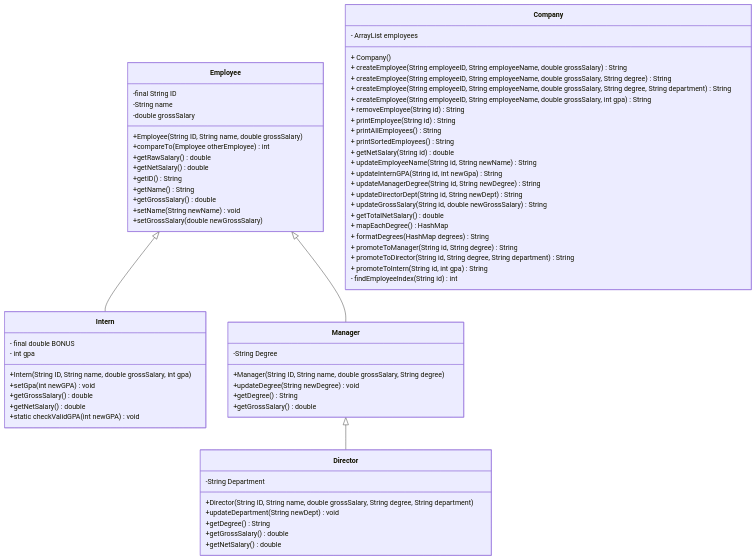
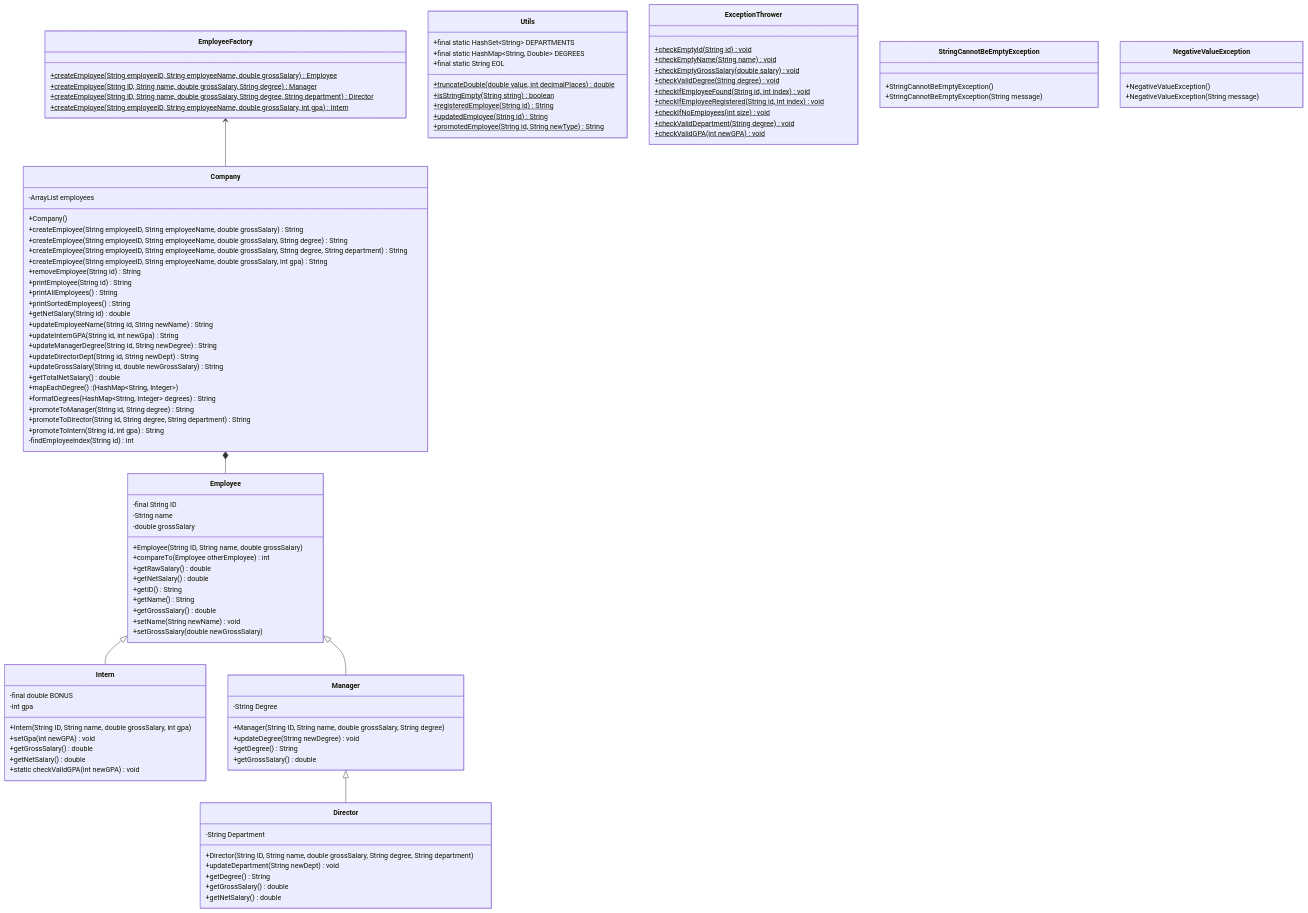
One commit to michalspano/employee-system changed the diagram in docs/ionel_class_diagrams.md. Above: the diagram before and after it, drawn with Mermaid.

Commit message:
Update `graph`

````diff
--- a/docs/ionel_class_diagrams.md
+++ b/docs/ionel_class_diagrams.md
@@ -3,6 +3,9 @@
     Employee <|-- Intern
     Employee <|-- Manager
     Manager <|-- Director
+
+    Company *-- Employee
+    EmployeeFactory <-- Company
 
     class Employee {
         -final String ID
@@ -20,8 +23,8 @@
     }
     
     class Intern {
-        - final double BONUS
-        - int gpa
+        -final double BONUS
+        -int gpa
         +Intern(String ID, String name, double grossSalary, int gpa)
         +setGpa(int newGPA) void
         +getGrossSalary() double
@@ -47,28 +50,68 @@
     }
 
     class Company {
-        - ArrayList<Employee> employees
-        + Company()
-        + createEmployee(String employeeID, String employeeName, double grossSalary) String
-        + createEmployee(String employeeID, String employeeName, double grossSalary, String degree) String
-        + createEmployee(String employeeID, String employeeName, double grossSalary, String degree, String department) String
-        + createEmployee(String employeeID, String employeeName, double grossSalary, int gpa) String
-        + removeEmployee(String id) String
-        + printEmployee(String id) String
-        + printAllEmployees() String
-        + printSortedEmployees() String
-        + getNetSalary(String id) double
-        + updateEmployeeName(String id, String newName) String
-        + updateInternGPA(String id, int newGpa) String
-        + updateManagerDegree(String id, String newDegree) String
-        + updateDirectorDept(String id, String newDept) String
-        + updateGrossSalary(String id, double newGrossSalary) String
-        + getTotalNetSalary() double
-        + mapEachDegree() HashMap<String, Integer>
-        + formatDegrees(HashMap<String, Integer> degrees) String
-        + promoteToManager(String id, String degree) String
-        + promoteToDirector(String id, String degree, String department) String
-        + promoteToIntern(String id, int gpa) String
-        - findEmployeeIndex(String id) int
+        -ArrayList<Employee> employees
+        +Company()
+        +createEmployee(String employeeID, String employeeName, double grossSalary) String
+        +createEmployee(String employeeID, String employeeName, double grossSalary, String degree) String
+        +createEmployee(String employeeID, String employeeName, double grossSalary, String degree, String department) String
+        +createEmployee(String employeeID, String employeeName, double grossSalary, int gpa) String
+        +removeEmployee(String id) String
+        +printEmployee(String id) String
+        +printAllEmployees() String
+        +printSortedEmployees() String
+        +getNetSalary(String id) double
+        +updateEmployeeName(String id, String newName) String
+        +updateInternGPA(String id, int newGpa) String
+        +updateManagerDegree(String id, String newDegree) String
+        +updateDirectorDept(String id, String newDept) String
+        +updateGrossSalary(String id, double newGrossSalary) String
+        +getTotalNetSalary() double
+        +mapEachDegree() : (HashMap~String, Integer~)
+        +formatDegrees(HashMap~String, Integer~ degrees) String
+        +promoteToManager(String id, String degree) String
+        +promoteToDirector(String id, String degree, String department) String
+        +promoteToIntern(String id, int gpa) String
+        -findEmployeeIndex(String id) int
+    }
+
+    class Utils {
+        +final static HashSet~String~ DEPARTMENTS
+        +final static HashMap~String, Double~ DEGREES
+        +final static String EOL
+        +truncateDouble(double value, int decimalPlaces)$ double
+        +isStringEmpty(String string)$ boolean
+        +registeredEmployee(String id)$ String
+        +updatedEmployee(String id)$ String
+        +promotedEmployee(String id, String newType)$ String
+    }
+
+    class ExceptionThrower {
+        +checkEmptyId(String id)$ void
+        +checkEmptyName(String name)$ void
+        +checkEmptyGrossSalary(double salary)$ void
+        +checkValidDegree(String degree)$ void
+        +checkIfEmployeeFound(String id, int index)$ void
+        +checkIfEmployeeRegistered(String id, int index)$ void
+        +checkIfNoEmployees(int size)$ void
+        +checkValidDepartment(String degree)$ void
+        +checkValidGPA(int newGPA)$ void
+    }
+
+    class EmployeeFactory {
+        +createEmployee(String employeeID, String employeeName, double grossSalary)$ Employee
+        +createEmployee(String ID, String name, double grossSalary, String degree)$ Manager
+        +createEmployee(String ID, String name, double grossSalary, String degree, String department)$ Director
+        +createEmployee(String employeeID, String employeeName, double grossSalary, int gpa)$ Intern
+    }
+
+    class StringCannotBeEmptyException {
+        +StringCannotBeEmptyException()
+        +StringCannotBeEmptyException(String message)
+    }
+
+    class NegativeValueException {
+        +NegativeValueException()
+        +NegativeValueException(String message)
     }
 ```
````
